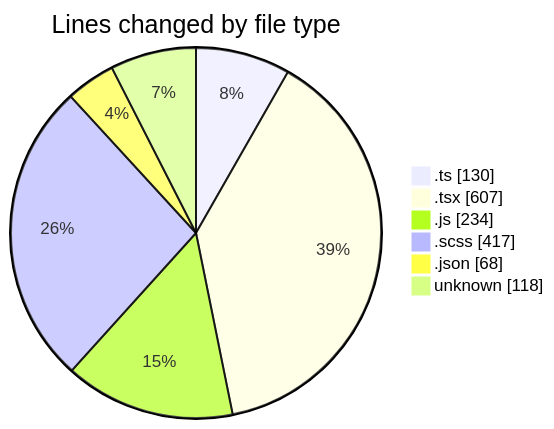
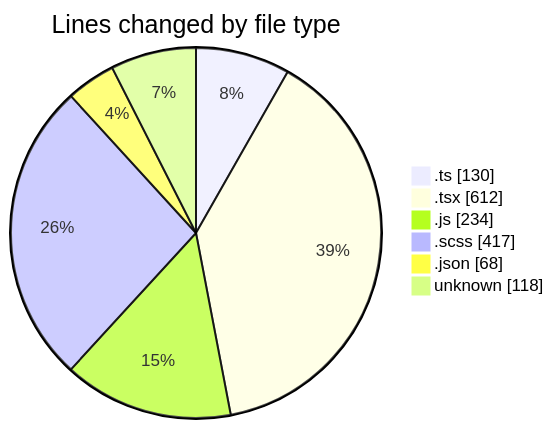
Before and after one commit to momahboobian/code-tracking: the first of 2 diagrams in 2026-05-08/cda/README.md, drawn with Mermaid. The commit also changed other lines of this file and 1 other file, not shown here.

````diff
--- a/2026-05-08/cda/README.md
+++ b/2026-05-08/cda/README.md
@@ -38,10 +38,10 @@
 ```mermaid
 pie showData
 title Lines changed by file type
 ".ts" : 130
-".tsx" : 607
+".tsx" : 612
 ".js" : 234
 ".scss" : 417
 ".json" : 68
 "unknown" : 118
 ```
````
